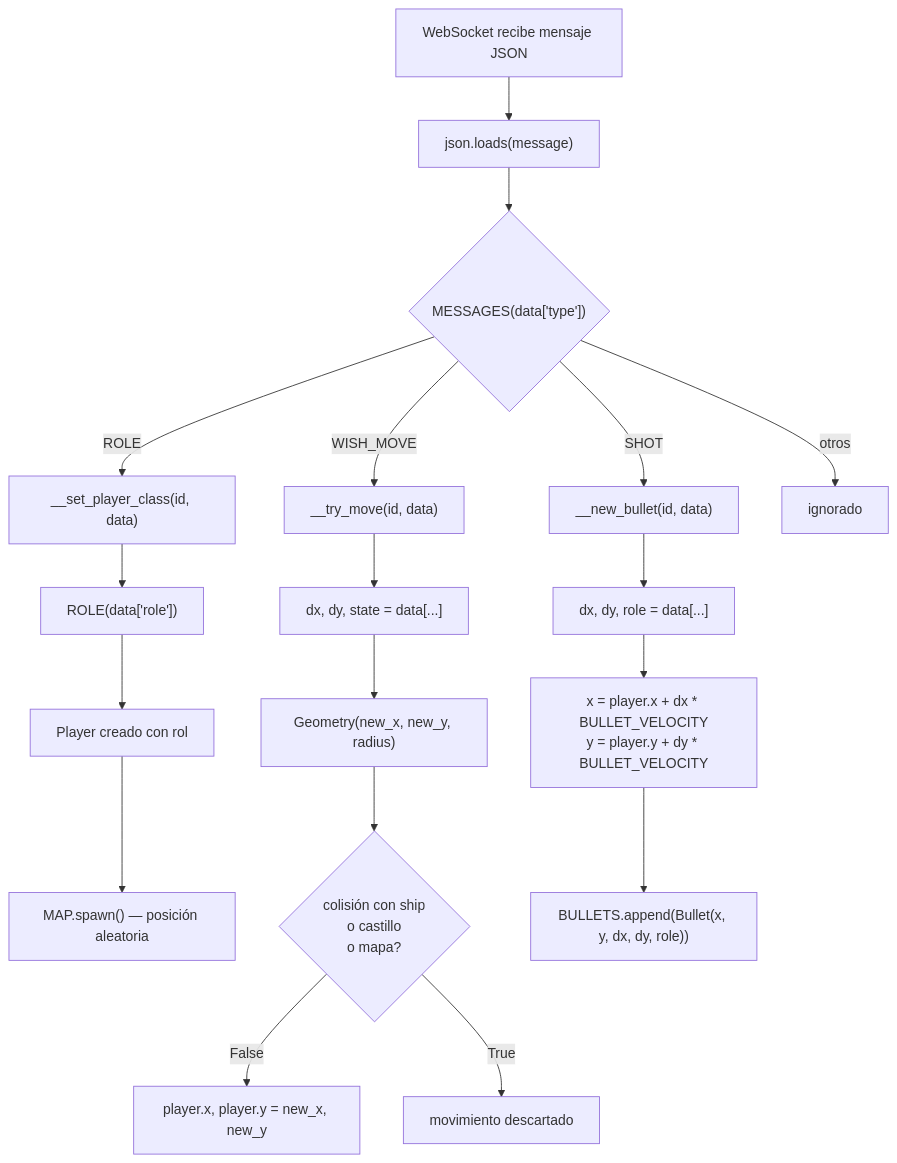
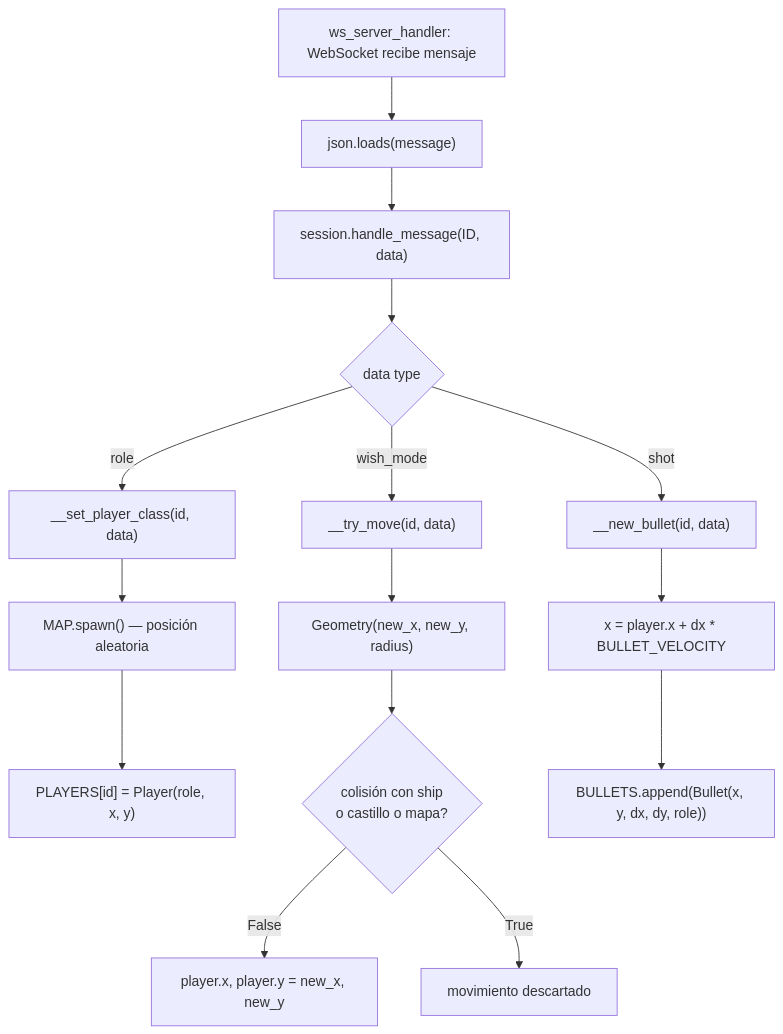
The fifth of 6 diagrams in docs/diagramas/mensajes.md (Aouei/pygame_multi), drawn with Mermaid before and after one commit. The commit also changed other lines of this file and 3 other files, not shown here.

````diff
--- a/docs/diagramas/mensajes.md
+++ b/docs/diagramas/mensajes.md
@@ -258,24 +252,20 @@
 ```mermaid
 flowchart TD
-    A["WebSocket recibe mensaje JSON"] --> B["json.loads(message)"]
-    B --> C{"MESSAGES(data['type'])"}
+    A["ws_server_handler: WebSocket recibe mensaje"] --> B["json.loads(message)"]
+    B --> C["session.handle_message(ID, data)"]
+    C --> D{data type}
 
-    C -->|ROLE| D["__set_player_class(id, data)"]
-    C -->|WISH_MOVE| E["__try_move(id, data)"]
-    C -->|SHOT| F["__new_bullet(id, data)"]
-    C -->|otros| G["ignorado"]
+    D -->|role| E["__set_player_class(id, data)"]
+    E --> E1["MAP.spawn() — posición aleatoria"]
+    E1 --> E2["PLAYERS[id] = Player(role, x, y)"]
 
-    D --> D1["ROLE(data['role'])"]
-    D1 --> D2["Player creado con rol"]
-    D2 --> D3["MAP.spawn() — posición aleatoria"]
+    D -->|wish_mode| F["__try_move(id, data)"]
+    F --> F1["Geometry(new_x, new_y, radius)"]
+    F1 --> F2{"colisión con ship\no castillo o mapa?"}
+    F2 -->|False| F3["player.x, player.y = new_x, new_y"]
+    F2 -->|True| F4["movimiento descartado"]
 
-    E --> E1["dx, dy, state = data[...]"]
-    E1 --> E2["Geometry(new_x, new_y, radius)"]
-    E2 --> E3{"colisión con ship\no castillo\no mapa?"}
-    E3 -->|False| E4["player.x, player.y = new_x, new_y"]
-    E3 -->|True| E5["movimiento descartado"]
-
-    F --> F1["dx, dy, role = data[...]"]
-    F1 --> F2["x = player.x + dx * BULLET_VELOCITY\ny = player.y + dy * BULLET_VELOCITY"]
-    F2 --> F3["BULLETS.append(Bullet(x, y, dx, dy, role))"]
+    D -->|shot| G["__new_bullet(id, data)"]
+    G --> G1["x = player.x + dx * BULLET_VELOCITY"]
+    G1 --> G2["BULLETS.append(Bullet(x, y, dx, dy, role))"]
 ```
````
